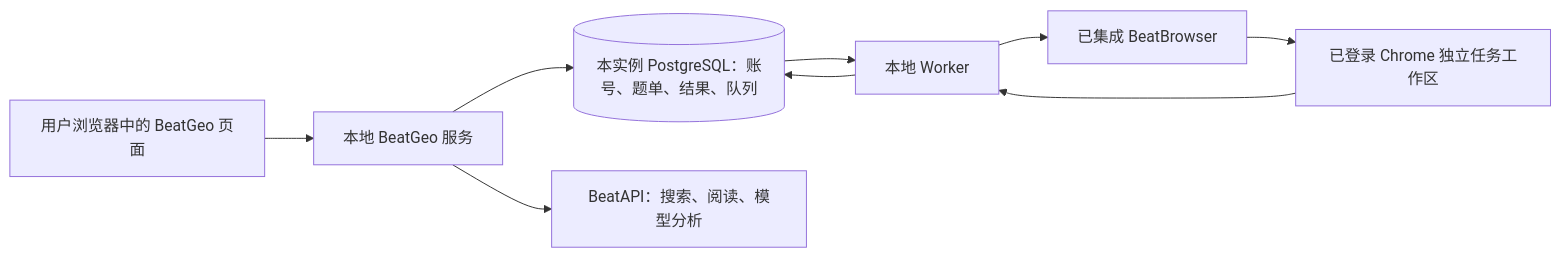
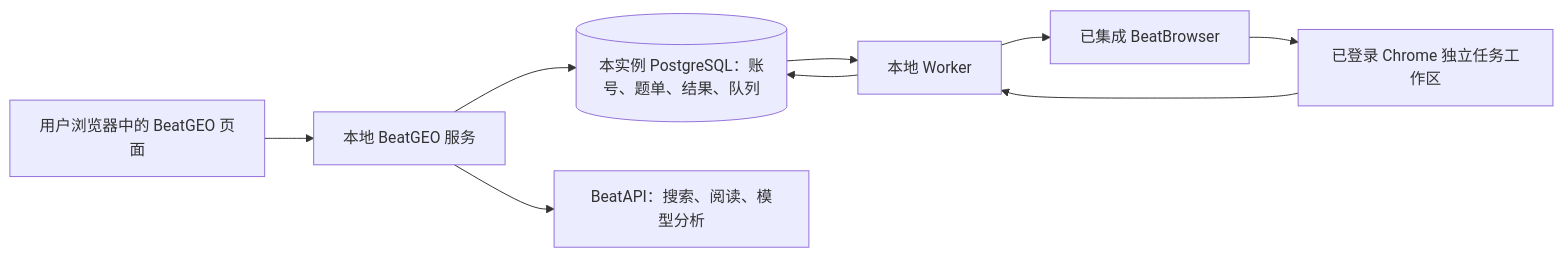
One commit to BeatAPI/BeatGEO changed the second of 2 diagrams in docs/beat-geo/getting-started.md. Above: the diagram before and after it, drawn with Mermaid. The commit also changed other lines of this file and 244 other files, not shown here.

Commit message:
Use BeatGEO as the product name

````diff
--- a/docs/beat-geo/getting-started.md
+++ b/docs/beat-geo/getting-started.md
@@ -72,11 +72,11 @@
 ```mermaid
 flowchart LR
-    U[用户浏览器中的 BeatGeo 页面] --> S[本地 BeatGeo 服务]
+    U[用户浏览器中的 BeatGEO 页面] --> S[本地 BeatGEO 服务]
     S --> P[(本实例 PostgreSQL：账号、题单、结果、队列)]
     S --> A[BeatAPI：搜索、阅读、模型分析]
     P --> W[本地 Worker]
     W --> B[已集成 BeatBrowser]
     B --> C[已登录 Chrome 独立任务工作区]
     C --> W
     W --> P
 ```
````
